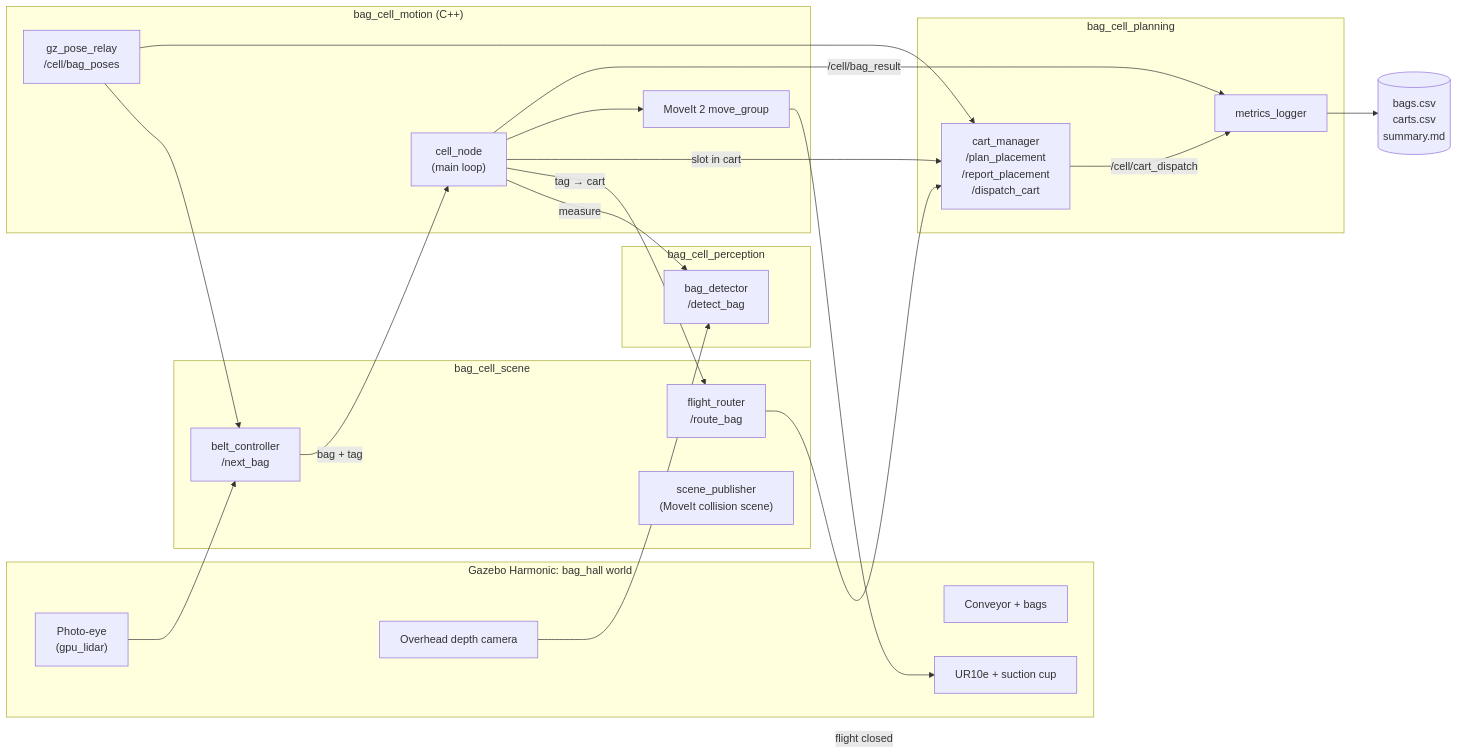
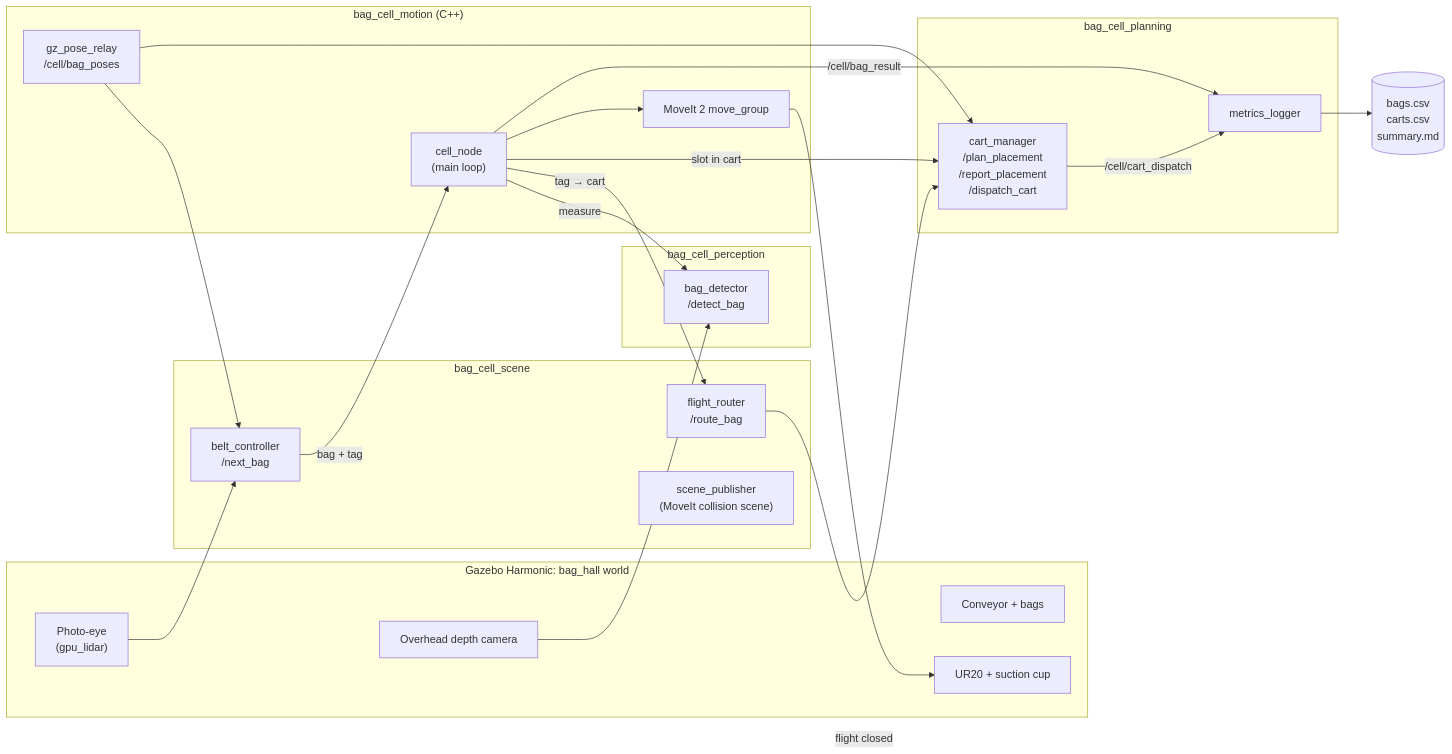
One commit to chaabanejasser01/ros2-baggage-makeup-cell changed the first of 2 diagrams in README.md. Above: the diagram before and after it, drawn with Mermaid. The commit also changed other lines of this file and 27 other files, not shown here.

````diff
--- a/README.md
+++ b/README.md
@@ -78,43 +93,43 @@
 ```mermaid
 flowchart LR
     subgraph GZ["Gazebo Harmonic: bag_hall world"]
         BELT_GZ["Conveyor + bags"]
         EYE["Photo-eye<br/>(gpu_lidar)"]
         CAM["Overhead depth camera"]
-        UR["UR10e + suction cup"]
+        UR["UR20 + suction cup"]
     end
 
     subgraph SCENE["bag_cell_scene"]
         BC["belt_controller<br/>/next_bag"]
         FR["flight_router<br/>/route_bag"]
         SP["scene_publisher<br/>(MoveIt collision scene)"]
     end
 
     subgraph PERC["bag_cell_perception"]
         BD["bag_detector<br/>/detect_bag"]
     end
 
     subgraph PLAN["bag_cell_planning"]
         CM["cart_manager<br/>/plan_placement<br/>/report_placement<br/>/dispatch_cart"]
         ML["metrics_logger"]
     end
 
     subgraph MOT["bag_cell_motion (C++)"]
         CN["cell_node<br/>(main loop)"]
         PR["gz_pose_relay<br/>/cell/bag_poses"]
         MG["MoveIt 2 move_group"]
     end
 
     EYE --> BC
     CAM --> BD
     BC -- "bag + tag" --> CN
     CN -- measure --> BD
     CN -- "tag → cart" --> FR
     CN -- "slot in cart" --> CM
     FR -- "flight closed" --> CM
     CN --> MG --> UR
     PR --> BC & CM
     CN -- /cell/bag_result --> ML
     CM -- /cell/cart_dispatch --> ML
     ML --> OUT[("bags.csv<br/>carts.csv<br/>summary.md")]
 ```
````
